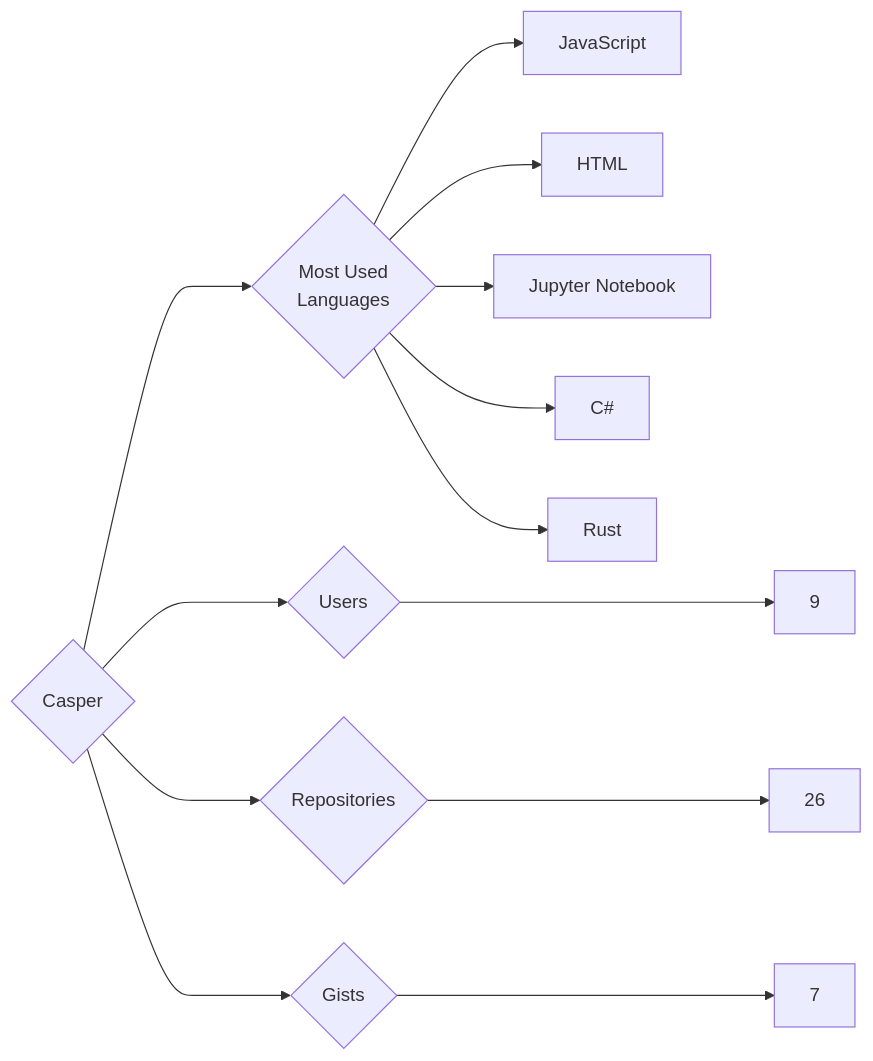
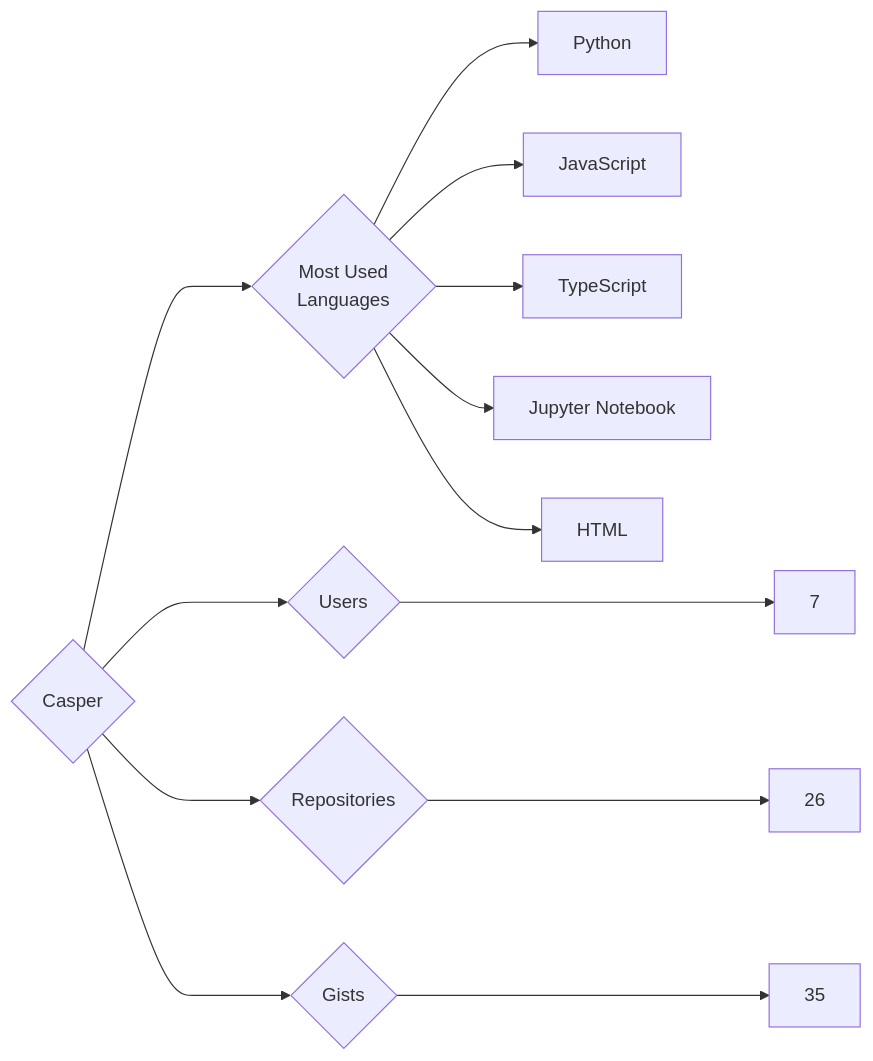
One commit to trickest/insiders changed the diagram in targets/Casper/README.md. Above: the diagram before and after it, drawn with Mermaid. The commit also changed 773 other files, not shown here.

````diff
--- a/targets/Casper/README.md
+++ b/targets/Casper/README.md
@@ -3,13 +3,13 @@
 ```mermaid
 graph LR
 COMPANY_NAME{Casper}
-COMPANY_NAME ---> U{Users} ---> UN[9]
+COMPANY_NAME ---> U{Users} ---> UN[7]
 COMPANY_NAME ---> R{Repositories} ---> RN[26]
-COMPANY_NAME ---> G{Gists} ---> GN[7]
+COMPANY_NAME ---> G{Gists} ---> GN[35]
 COMPANY_NAME ---> ML{Most Used<br>Languages}
+ML --> Python[Python]
 ML --> JavaScript[JavaScript]
+ML --> TypeScript[TypeScript]
+ML --> Jupyter_Notebook[Jupyter Notebook]
 ML --> HTML[HTML]
-ML --> Jupyter_Notebook[Jupyter Notebook]
-ML --> C#[C#]
-ML --> Rust[Rust]
 ```
````
